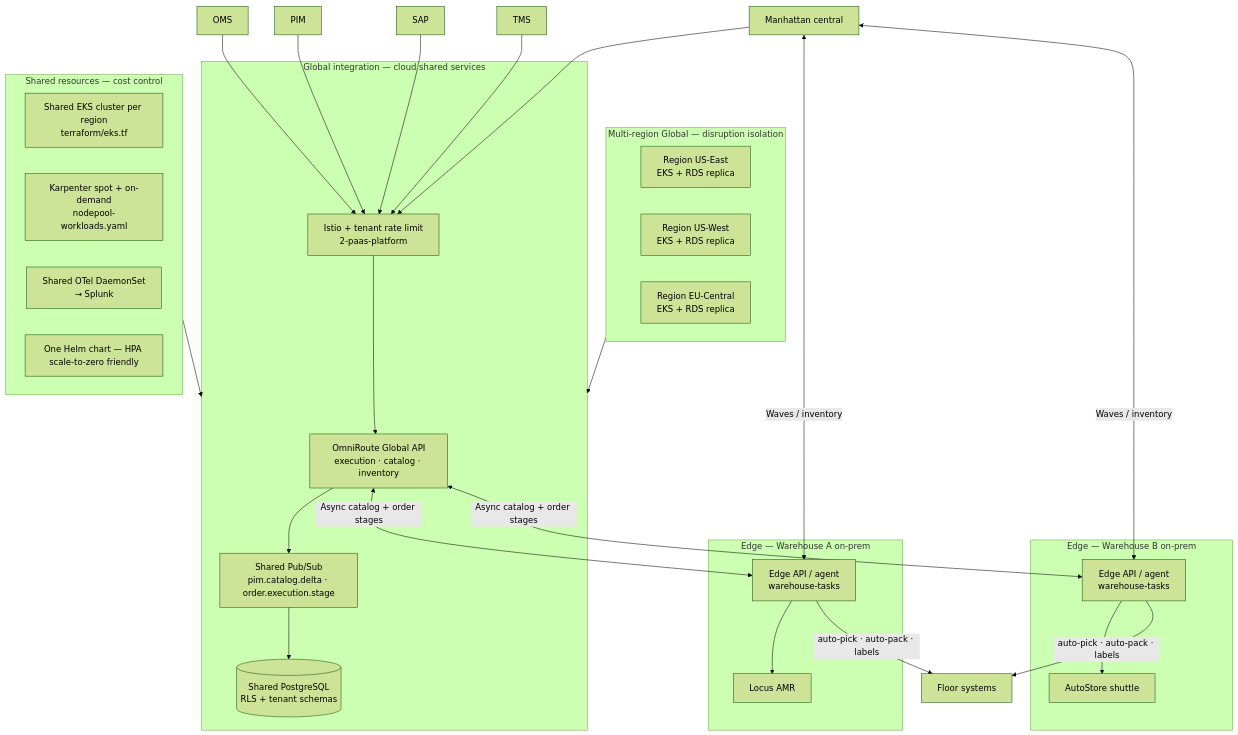
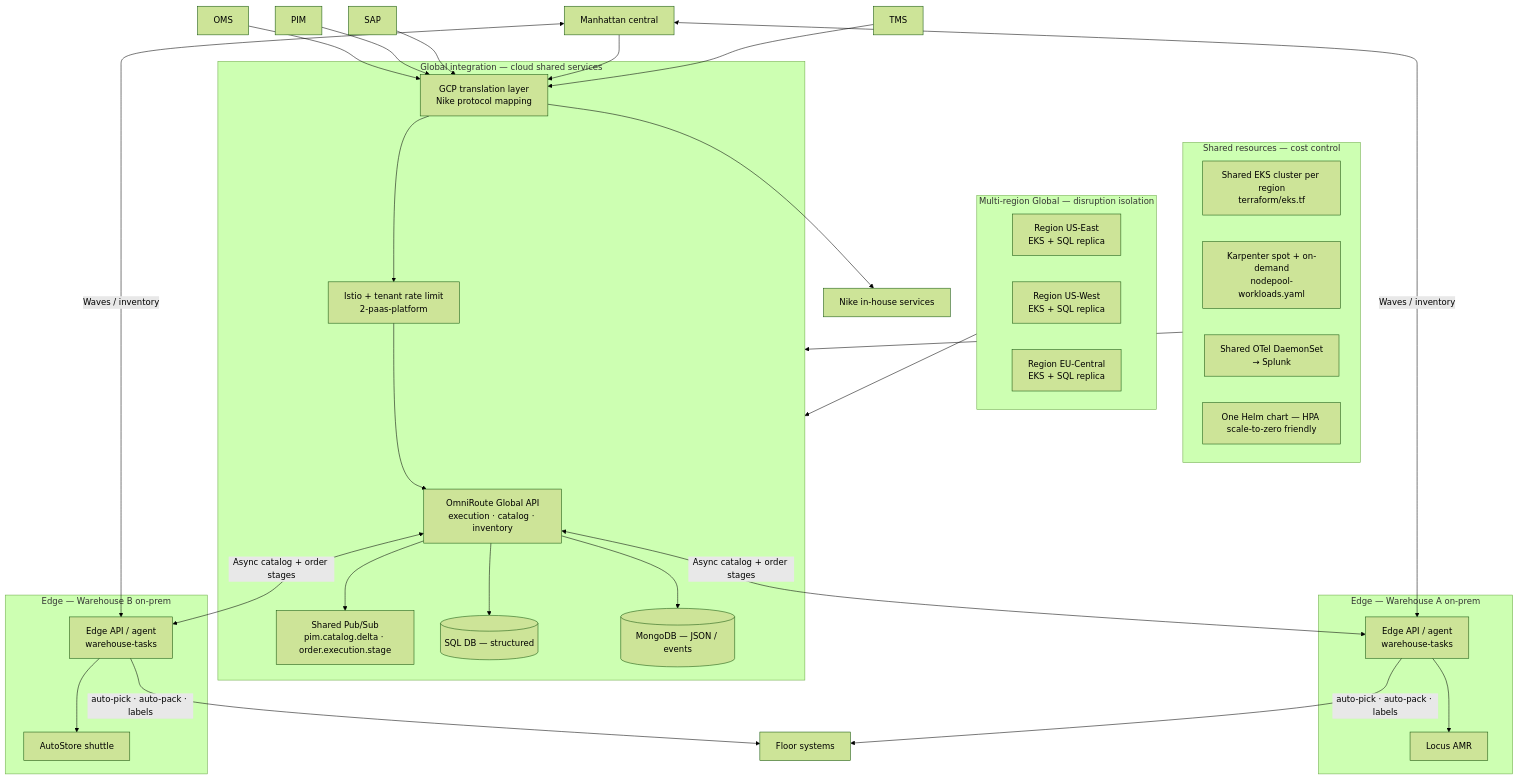
Before and after one commit to bharat2476/Integration: the second of 11 diagrams in README.md, drawn with Mermaid (forest theme). The commit also changed other lines of this file and 4 other files, not shown here.

````diff
--- a/README.md
+++ b/README.md
@@ -26,44 +88,48 @@
 ```mermaid
 flowchart TB
   subgraph regions [Multi-region Global — disruption isolation]
-    R1[Region US-East\nEKS + RDS replica]
-    R2[Region US-West\nEKS + RDS replica]
-    R3[Region EU-Central\nEKS + RDS replica]
+    R1[Region US-East\nEKS + SQL replica]
+    R2[Region US-West\nEKS + SQL replica]
+    R3[Region EU-Central\nEKS + SQL replica]
   end
 
   subgraph global [Global integration — cloud shared services]
     GAPI[OmniRoute Global API\nexecution · catalog · inventory]
     GPS[Shared Pub/Sub\npim.catalog.delta · order.execution.stage]
-    GRDS[(Shared PostgreSQL\nRLS + tenant schemas)]
+    GCP_T[GCP translation layer\nNike protocol mapping]
+    SQL_D[(SQL DB — structured)]
+    MONGO_D[(MongoDB — JSON / events)]
     GW_GLOBAL[Istio + tenant rate limit\n2-paas-platform]
   end
 
   subgraph shared [Shared resources — cost control]
     EKS_SH[Shared EKS cluster per region\nterraform/eks.tf]
     KARP[Karpenter spot + on-demand\nnodepool-workloads.yaml]
     OTEL_SH[Shared OTel DaemonSet\n→ Splunk]
     HELM_SH[One Helm chart — HPA scale-to-zero friendly]
   end
 
-  OMS & PIM & SAP & MHT_CLOUD[Manhattan central] & TMS --> GW_GLOBAL
-  GW_GLOBAL --> GAPI
-  GAPI --> GPS --> GRDS
+  OMS & PIM & SAP & MHT_CLOUD[Manhattan central] & TMS --> GCP_T
+  GCP_T --> GW_GLOBAL --> GAPI
+  GAPI --> GPS
+  GAPI --> SQL_D & MONGO_D
   regions --> global
   shared --> global
+  GCP_T --> NIKE[Nike in-house services]
 
   subgraph edge_wh1 [Edge — Warehouse A on-prem]
     E1[Edge API / agent\nwarehouse-tasks]
     WES1[Locus AMR]
     E1 --> WES1
   end
 
   subgraph edge_wh2 [Edge — Warehouse B on-prem]
     E2[Edge API / agent\nwarehouse-tasks]
     WES2[AutoStore shuttle]
     E2 --> WES2
   end
 
   GAPI <-->|Async catalog + order stages| E1 & E2
   MHT_CLOUD <-->|Waves / inventory| E1 & E2
   E1 & E2 -->|auto-pick · auto-pack · labels| Floor1[Floor systems]
 ```
````
